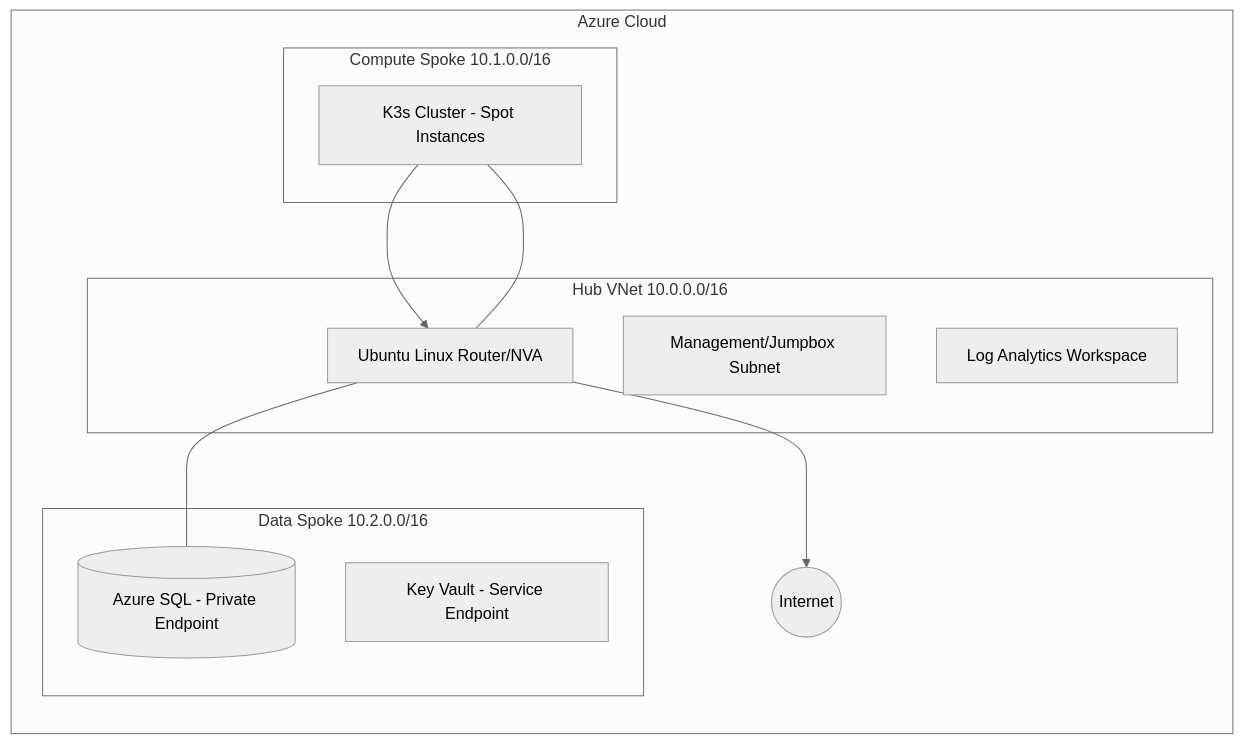
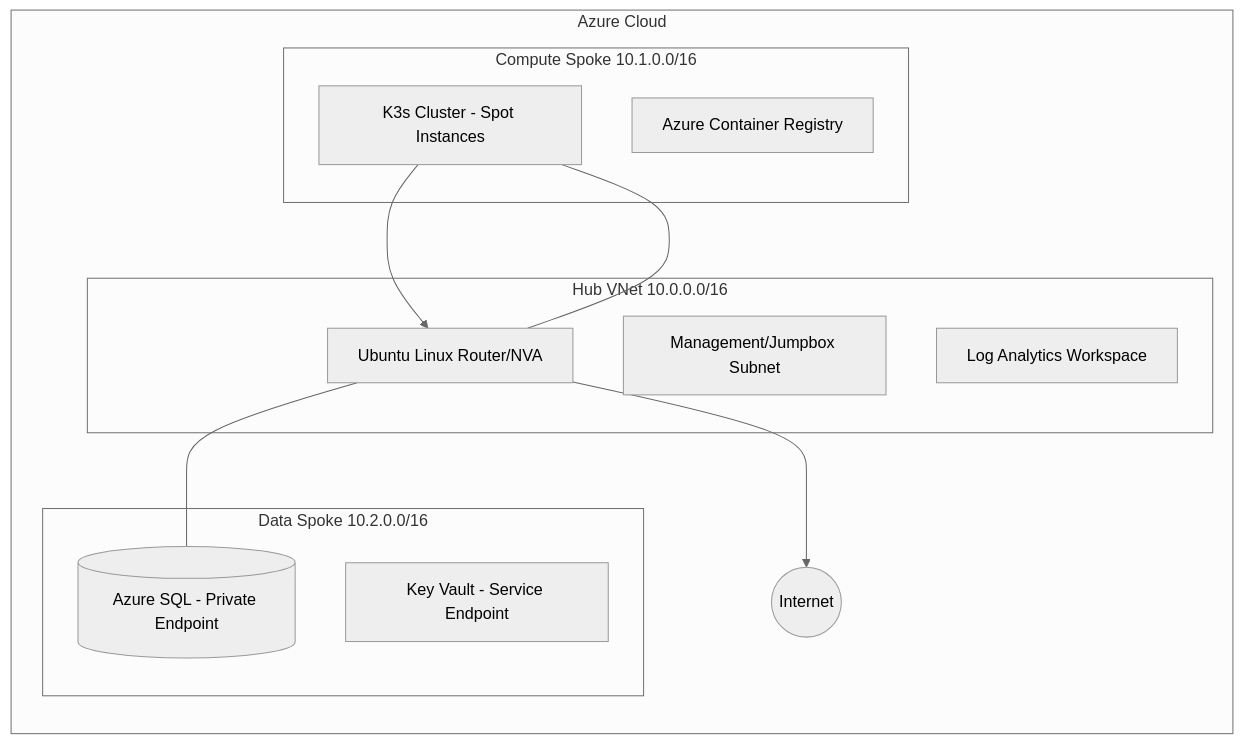
Before and after one commit to tel-portfolio/hub-spoke-project: the diagram in README.md, drawn with Mermaid (neutral theme). The commit also changed other lines of this file and 27 other files, not shown here.

````diff
--- a/README.md
+++ b/README.md
@@ -9,28 +9,29 @@
 ```mermaid
 graph TD
     subgraph Azure_Cloud [Azure Cloud]
         direction TB
         
         subgraph Hub_VNet [Hub VNet 10.0.0.0/16]
             NVA[Ubuntu Linux Router/NVA]
             MA[Management/Jumpbox Subnet]
             LA[Log Analytics Workspace]
         end
 
         subgraph Data_Spoke [Data Spoke 10.2.0.0/16]
             SQL[(Azure SQL - Private Endpoint)]
             KV[Key Vault - Service Endpoint]
         end
 
         subgraph Compute_Spoke [Compute Spoke 10.1.0.0/16]
             K3s[K3s Cluster - Spot Instances]
+            ACR[Azure Container Registry]
         end
 
         %% Connections
         NVA --- K3s
         NVA --- SQL
         K3s --> NVA
         NVA --> Internet((Internet))
     end
 
 ```
````
